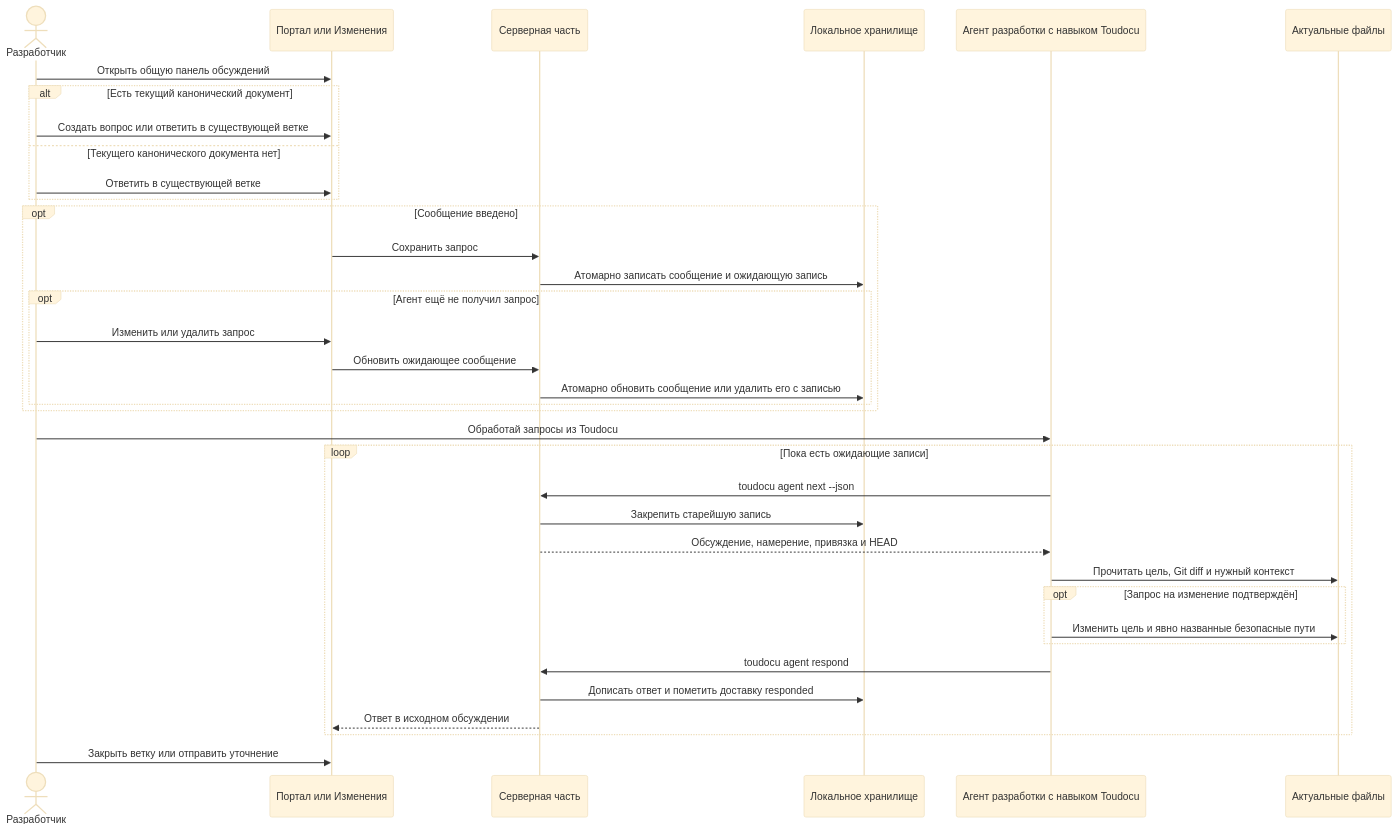
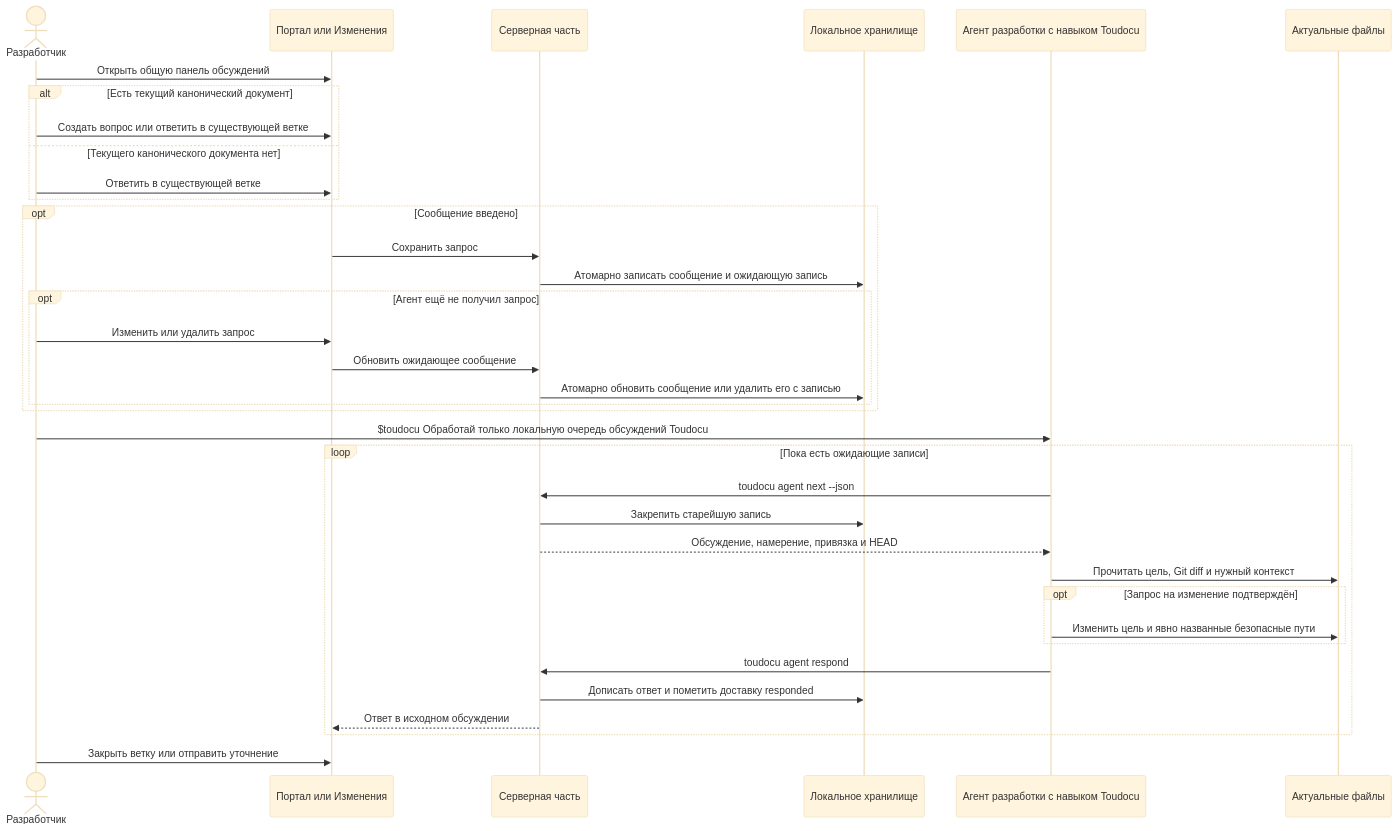
One commit to lumenikoly/toudocu changed the diagram in docs/flows/FLOW-AGENT-FEEDBACK.md. Above: the diagram before and after it, drawn with Mermaid (base theme). The commit also changed other lines of this file and 28 other files, not shown here.

````diff
--- a/docs/flows/FLOW-AGENT-FEEDBACK.md
+++ b/docs/flows/FLOW-AGENT-FEEDBACK.md
@@ -10,39 +10,39 @@
 ```mermaid
 sequenceDiagram
     actor Human as Разработчик
     participant UI as Портал или Изменения
     participant Core as Серверная часть
     participant Store as Локальное хранилище
     participant Agent as Агент разработки с навыком Toudocu
     participant Files as Актуальные файлы
 
     Human->>UI: Открыть общую панель обсуждений
     alt Есть текущий канонический документ
         Human->>UI: Создать вопрос или ответить в существующей ветке
     else Текущего канонического документа нет
         Human->>UI: Ответить в существующей ветке
     end
     opt Сообщение введено
         UI->>Core: Сохранить запрос
         Core->>Store: Атомарно записать сообщение и ожидающую запись
         opt Агент ещё не получил запрос
             Human->>UI: Изменить или удалить запрос
             UI->>Core: Обновить ожидающее сообщение
             Core->>Store: Атомарно обновить сообщение или удалить его с записью
         end
     end
-    Human->>Agent: Обработай запросы из Toudocu
+    Human->>Agent: $toudocu Обработай только локальную очередь обсуждений Toudocu
     loop Пока есть ожидающие записи
         Agent->>Core: toudocu agent next --json
         Core->>Store: Закрепить старейшую запись
         Core-->>Agent: Обсуждение, намерение, привязка и HEAD
         Agent->>Files: Прочитать цель, Git diff и нужный контекст
         opt Запрос на изменение подтверждён
             Agent->>Files: Изменить цель и явно названные безопасные пути
         end
         Agent->>Core: toudocu agent respond
         Core->>Store: Дописать ответ и пометить доставку responded
         Core-->>UI: Ответ в исходном обсуждении
     end
     Human->>UI: Закрыть ветку или отправить уточнение
 ```
````
